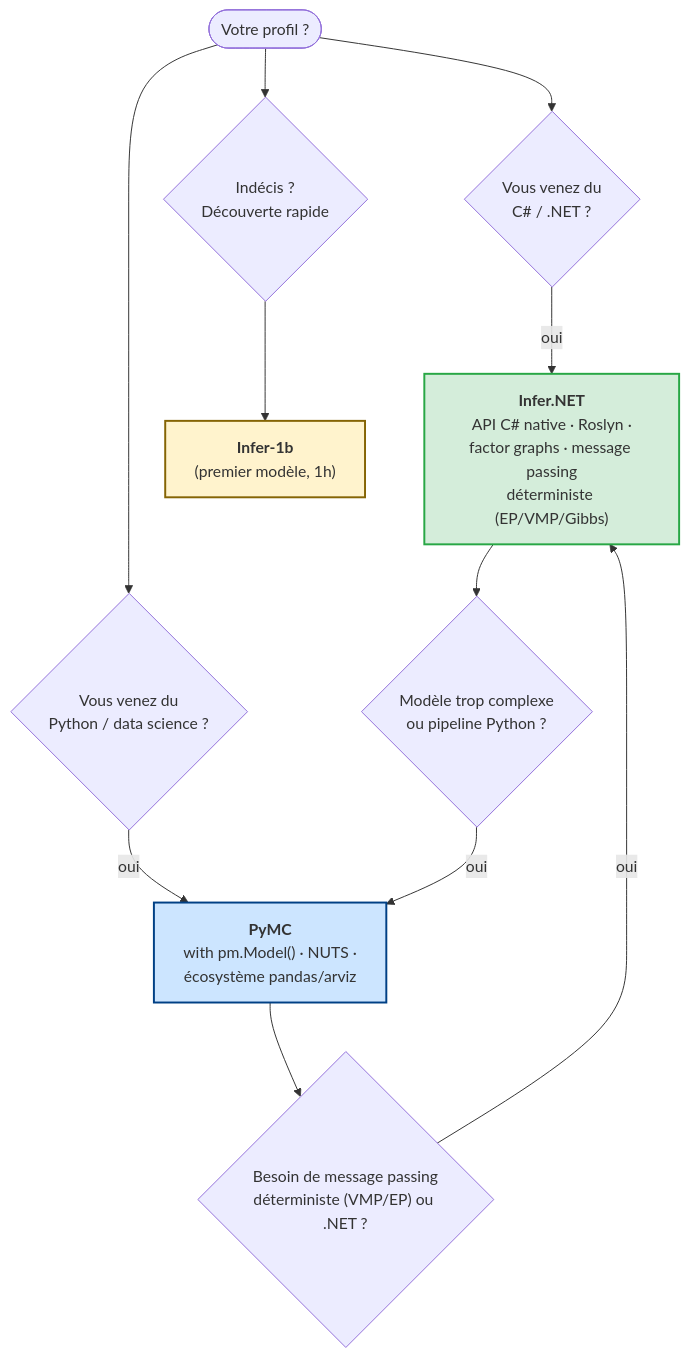
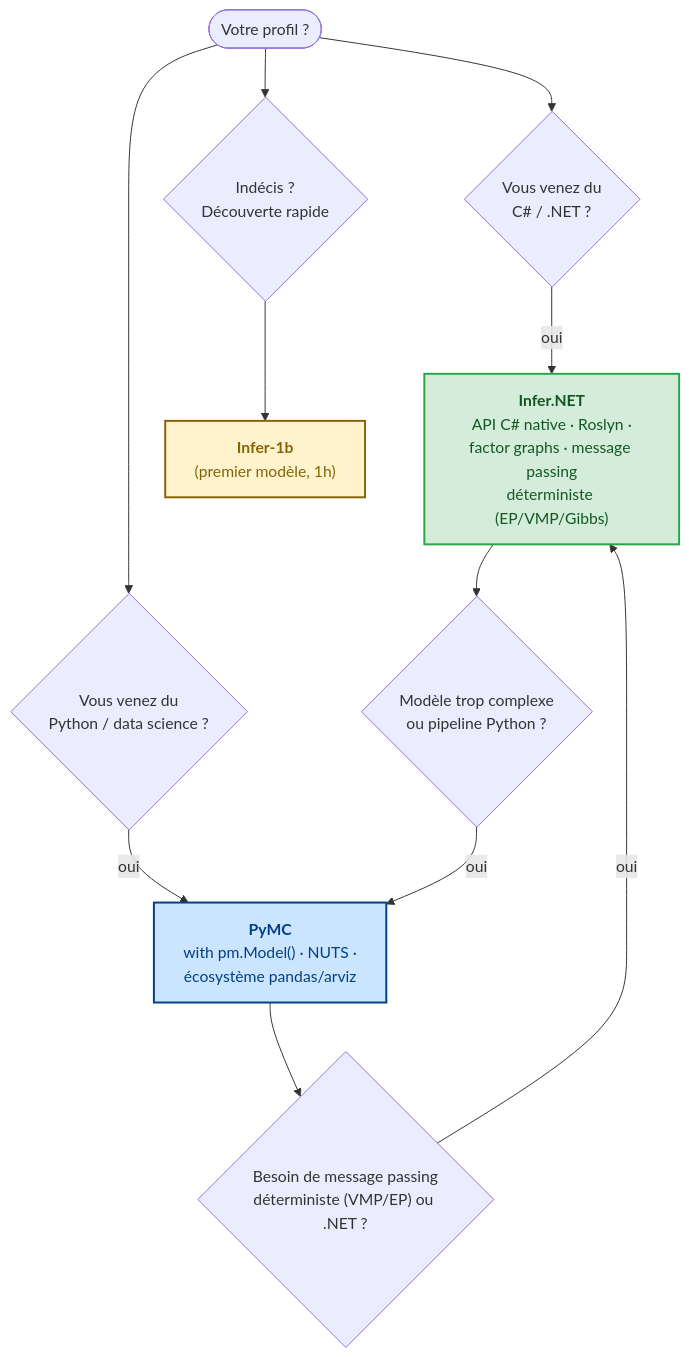
Before and after one commit to jsboige/CoursIA: the second of 3 diagrams in MyIA.AI.Notebooks/Probas/README.md, drawn with Mermaid. The commit also changed other lines of this file, not shown here.

First line of the commit message:
fix(probas,#15022): couleur de texte explicite sur les nœuds mermaid stylés (lisibilité mode sombre) (#15502)

````diff
--- a/MyIA.AI.Notebooks/Probas/README.md
+++ b/MyIA.AI.Notebooks/Probas/README.md
@@ -166,20 +167,21 @@
 ```mermaid
 flowchart TD
     START(["Votre profil ?"])
     START --> Q1{"Vous venez du<br/>C# / .NET ?"}
     START --> Q2{"Vous venez du<br/>Python / data science ?"}
     START --> Q3{"Indécis ?<br/>Découverte rapide"}
     Q1 -->|"oui"| INFER["<b>Infer.NET</b><br/>API C# native · Roslyn ·<br/>factor graphs · message passing<br/>déterministe (EP/VMP/Gibbs)"]
     Q2 -->|"oui"| PYMC["<b>PyMC</b><br/>with pm.Model() · NUTS ·<br/>écosystème pandas/arviz"]
     Q3 --> IN101["<b>Infer-1b</b><br/>(premier modèle, 1h)"]
     INFER --> PIVOT1{"Modèle trop complexe<br/>ou pipeline Python ?"}
     PYMC --> PIVOT2{"Besoin de message passing<br/>déterministe (VMP/EP) ou .NET ?"}
     PIVOT1 -->|"oui"| PYMC
     PIVOT2 -->|"oui"| INFER
-    classDef infer fill:#d4edda,stroke:#28a745,stroke-width:2px;
-    classDef pymc fill:#cce5ff,stroke:#004085,stroke-width:2px;
-    classDef entry fill:#fff3cd,stroke:#856404,stroke-width:2px;
+    %% color: explicite -- sans lui, libelle clair sur fond clair en mode sombre GitHub (#15022) ; ton parfois plus fonce que le stroke (le stroke en couleur de texte rendrait infer illisible) : ne pas harmoniser
+    classDef infer fill:#d4edda,stroke:#28a745,stroke-width:2px,color:#155724;
+    classDef pymc fill:#cce5ff,stroke:#004085,stroke-width:2px,color:#004085;
+    classDef entry fill:#fff3cd,stroke:#856404,stroke-width:2px,color:#856404;
     class INFER infer;
     class PYMC pymc;
     class IN101 entry;
 ```
````
